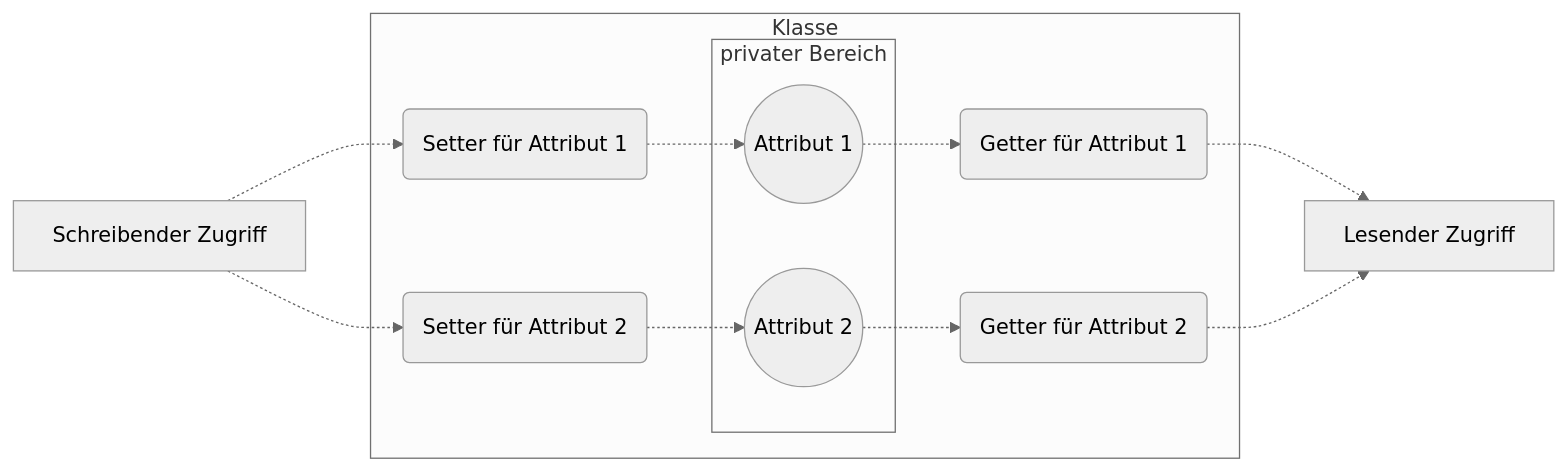
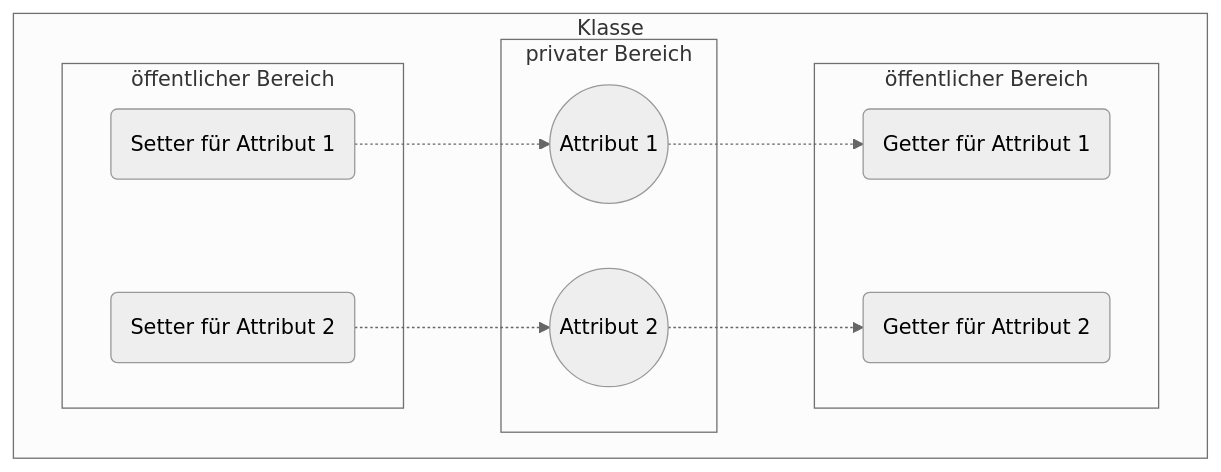
Before and after one commit to jappuccini/java-docs: the first of 2 diagrams in docs/documentation/oo.md, drawn with Mermaid (neutral theme). The commit also changed other lines of this file and 9 other files, not shown here.

````diff
--- a/docs/documentation/oo.md
+++ b/docs/documentation/oo.md
@@ -41,17 +28,18 @@
 ```mermaid
 flowchart LR
-    write[Schreibender Zugriff] -.-> setter1
-    write -.-> setter2
-    getter1 -.-> read[Lesender Zugriff]
-    getter2 -.-> read
     subgraph Klasse
+        direction LR
         subgraph privater Bereich
             attribut1((Attribut 1))
             attribut2((Attribut 2))
         end
-        setter1(Setter für Attribut 1) -.-> attribut1
-        attribut1 -.-> getter1(Getter für Attribut 1)
-        setter2(Setter für Attribut 2) -.-> attribut2
-        attribut2 -.-> getter2(Getter für Attribut 2)
+        subgraph öffentlicher Bereich
+            setter1(Setter für Attribut 1) -.-> attribut1
+            setter2(Setter für Attribut 2) -.-> attribut2
+        end
+        subgraph öffentlicher Bereich
+            attribut1 -.-> getter1(Getter für Attribut 1)
+            attribut2 -.-> getter2(Getter für Attribut 2)
+        end
     end
 ```
````
